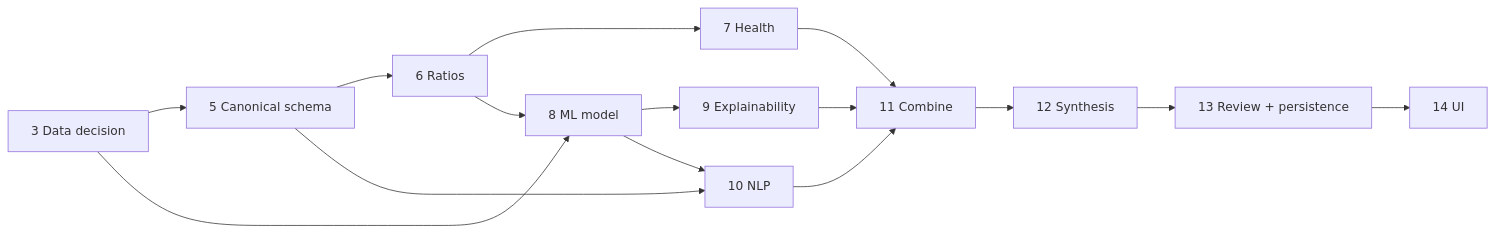
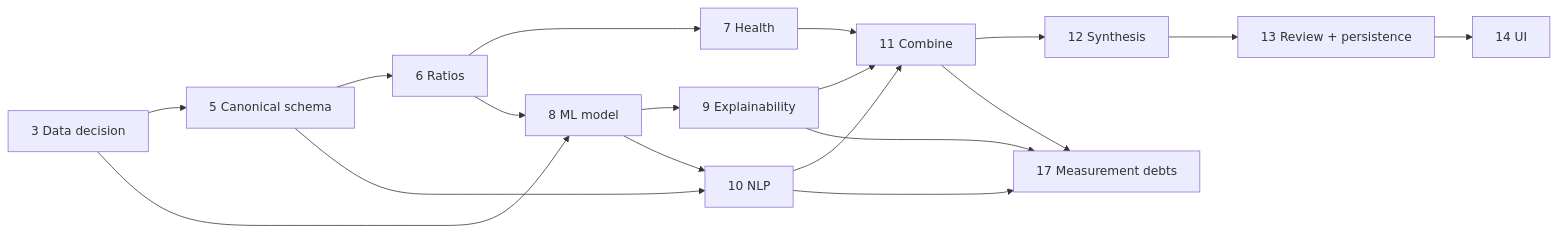
One commit to keshavbaviskar33-sudo/AI-Credit-Monitor-Copilot changed the diagram in docs/roadmap.md. Above: the diagram before and after it, drawn with Mermaid. The commit also changed other lines of this file and 33 other files, not shown here.

````diff
--- a/docs/roadmap.md
+++ b/docs/roadmap.md
@@ -44,17 +49,20 @@
 ```mermaid
 flowchart LR
     P3[3 Data decision] --> P5[5 Canonical schema]
     P3 --> P8[8 ML model]
     P5 --> P6[6 Ratios]
     P6 --> P7[7 Health]
     P6 --> P8
     P8 --> P9[9 Explainability]
     P5 --> P10[10 NLP]
     P8 --> P10
     P7 --> P11[11 Combine]
     P9 --> P11
     P10 --> P11
     P11 --> P12[12 Synthesis]
     P12 --> P13[13 Review + persistence]
     P13 --> P14[14 UI]
+    P9 --> P17[17 Measurement debts]
+    P10 --> P17
+    P11 --> P17
 ```
````
